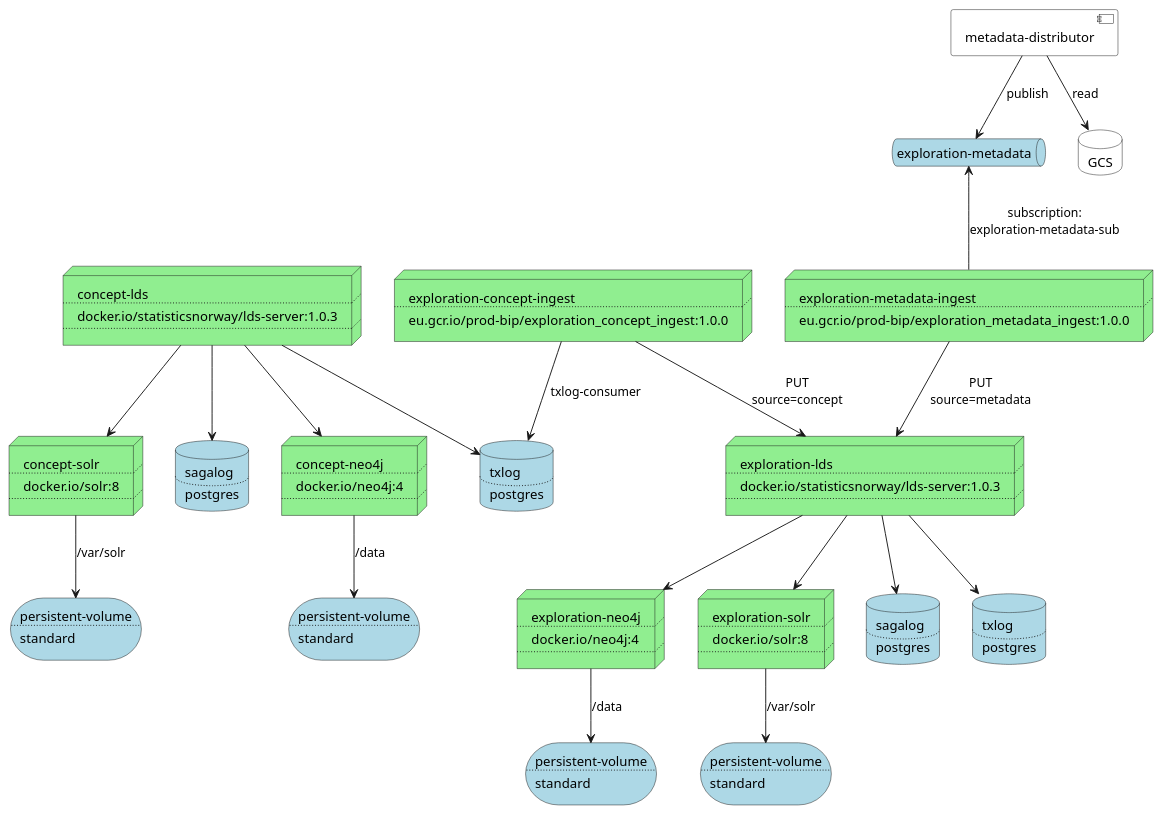
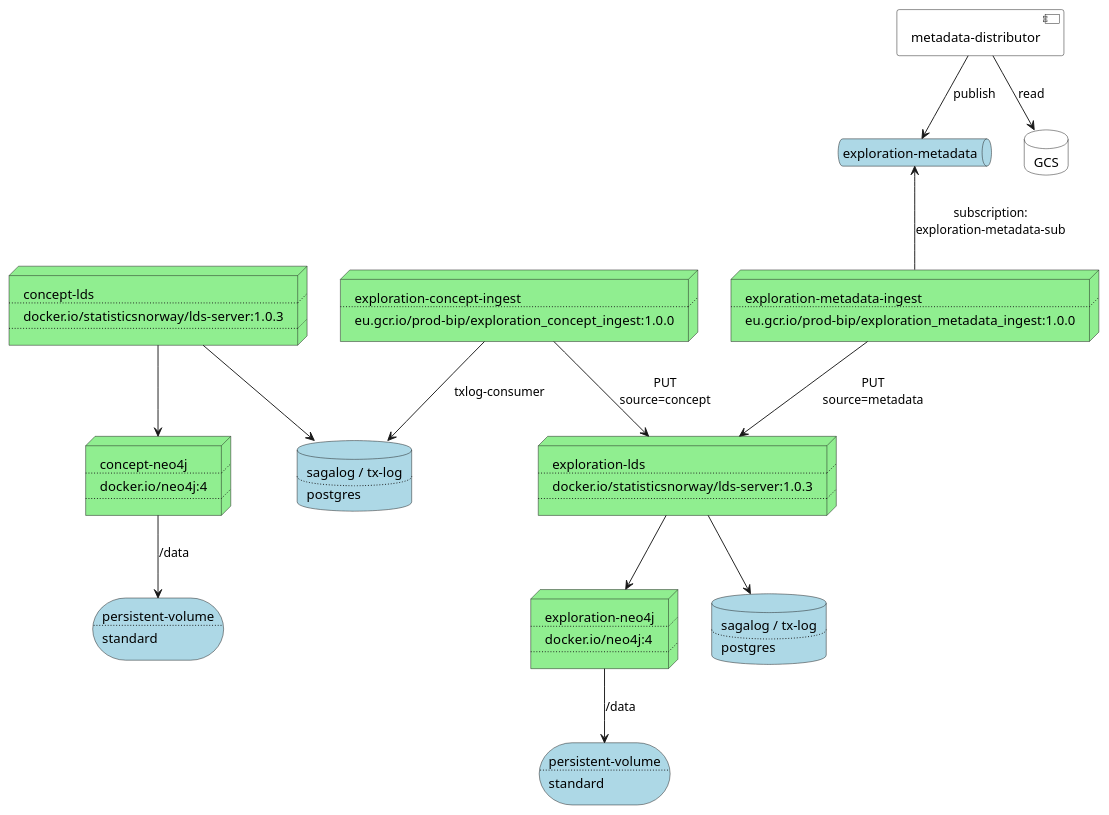
One commit to statisticsnorway/dapla-project changed the diagram in doc/concept-and-exploration-lds.puml. Above: the diagram before and after it, drawn with PlantUML.

Commit message:
Updated lds deployment doc

```diff
--- a/doc/concept-and-exploration-lds.puml
+++ b/doc/concept-and-exploration-lds.puml
@@ -1,160 +1,116 @@
 @startuml
 
 hide stereotype
 
 skinparam node {
 	backgroundColor LightGreen
 }
 
 skinparam database {
 	backgroundColor LightBlue
 	backgroundColor<<existing>> transparent
 }
 
 skinparam queue {
 	backgroundColor LightBlue
 }
 
 skinparam storage {
 	backgroundColor LightBlue
 }
 
 skinparam component {
 	backgroundColor transparent
 }
 
 node concept_lds [
   concept-lds
   ....
   docker.io/statisticsnorway/lds-server:1.0.3
   ....
 ]
 
-database concept_sagalog [
-  sagalog
-  ....
-  postgres
-]
-
-database concept_txlog [
-  txlog
+database concept_psql [
+  sagalog / tx-log
   ....
   postgres
 ]
 
 node concept_neo4j [
   concept-neo4j
   ....
   docker.io/neo4j:4
   ....
 ]
 
 storage concept_neo4j_volume [
   persistent-volume
   ....
   standard
 ]
 
-node concept_solr [
-  concept-solr
-  ....
-  docker.io/solr:8
-  ....
-]
-
-storage concept_solr_volume [
-  persistent-volume
-  ....
-  standard
-]
-
-concept_lds --> concept_sagalog
-concept_lds --> concept_txlog
+concept_lds --> concept_psql
 concept_lds --> concept_neo4j
-concept_lds --> concept_solr
 
 concept_neo4j --> concept_neo4j_volume : /data
-concept_solr --> concept_solr_volume : /var/solr
 
 
 node exploration_lds [
   exploration-lds
   ....
   docker.io/statisticsnorway/lds-server:1.0.3
   ....
 ]
 
-database exploration_sagalog [
-  sagalog
-  ....
-  postgres
-]
-
-database exploration_txlog [
-  txlog
+database exploration_psql [
+  sagalog / tx-log
   ....
   postgres
 ]
 
 node exploration_neo4j [
   exploration-neo4j
   ....
   docker.io/neo4j:4
   ....
 ]
 
 storage exploration_neo4j_volume [
   persistent-volume
   ....
   standard
 ]
 
-node exploration_solr [
-  exploration-solr
-  ....
-  docker.io/solr:8
-  ....
-]
-
-storage exploration_solr_volume [
-  persistent-volume
-  ....
-  standard
-]
-
-exploration_lds --> exploration_sagalog
-exploration_lds --> exploration_txlog
+exploration_lds --> exploration_psql
 exploration_lds --> exploration_neo4j
-exploration_lds --> exploration_solr
 
 exploration_neo4j --> exploration_neo4j_volume : /data
-exploration_solr --> exploration_solr_volume : /var/solr
 
 node exploration_concept_ingest [
   exploration-concept-ingest
   ....
   eu.gcr.io/prod-bip/exploration_concept_ingest:1.0.0
 ]
 
 exploration_concept_ingest --> exploration_lds : PUT\nsource=concept
-exploration_concept_ingest --> concept_txlog : txlog-consumer
+exploration_concept_ingest --> concept_psql : txlog-consumer
 
 node exploration_metadata_ingest [
   exploration-metadata-ingest
   ....
   eu.gcr.io/prod-bip/exploration_metadata_ingest:1.0.0
 ]
 
 component "metadata-distributor" as distributor
 
 queue "exploration-metadata" as exploration_metadata
 
 database "GCS" as gcs <<existing>>
 
 exploration_metadata <-- exploration_metadata_ingest : subscription:\nexploration-metadata-sub
 exploration_metadata_ingest --> exploration_lds : PUT\nsource=metadata
 
 distributor --> exploration_metadata : publish
 distributor --> gcs : read
 
 @enduml
```
